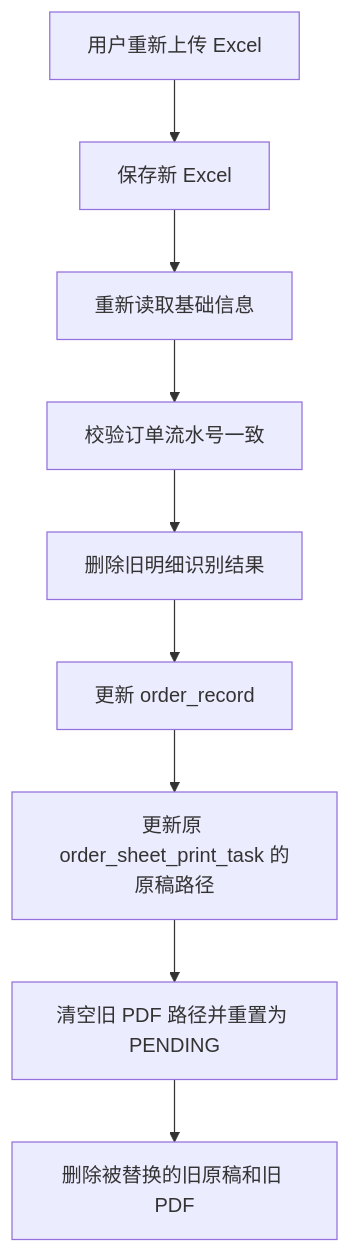
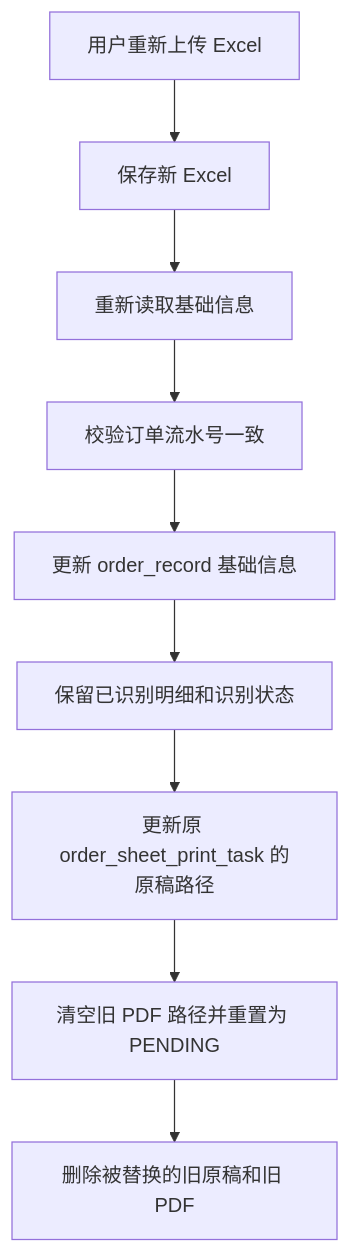
Before and after one commit to BleakWinter/shoe-factory-assistant: the fourth of 4 diagrams in docs/打印任务与识别流程设计.md, drawn with Mermaid. The commit also changed other lines of this file and 6 other files, not shown here.

````diff
--- a/docs/打印任务与识别流程设计.md
+++ b/docs/打印任务与识别流程设计.md
@@ -263,11 +263,11 @@
 ```mermaid
 flowchart TD
     A["用户重新上传 Excel"] --> B["保存新 Excel"]
     B --> C["重新读取基础信息"]
     C --> D["校验订单流水号一致"]
-    D --> E["删除旧明细识别结果"]
-    E --> F["更新 order_record"]
+    D --> E["更新 order_record 基础信息"]
+    E --> F["保留已识别明细和识别状态"]
     F --> G["更新原 order_sheet_print_task 的原稿路径"]
     G --> H["清空旧 PDF 路径并重置为 PENDING"]
     H --> I["删除被替换的旧原稿和旧 PDF"]
 ```
````
